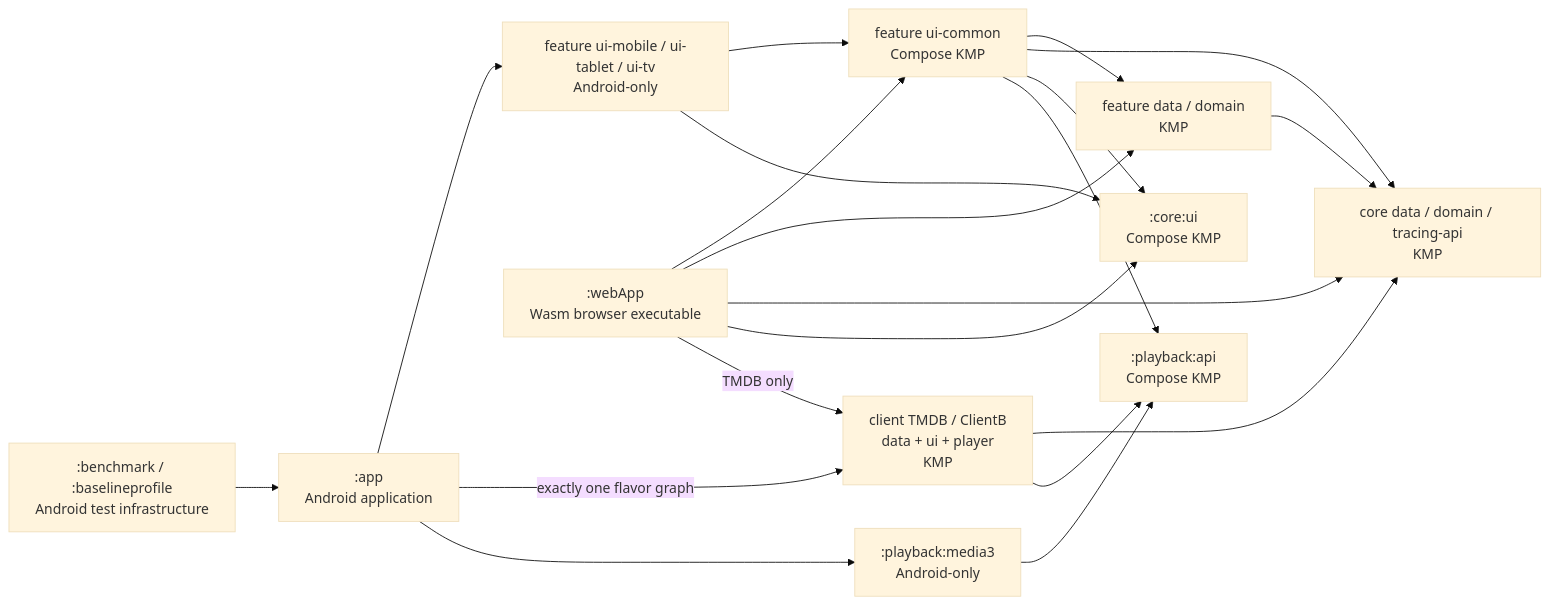
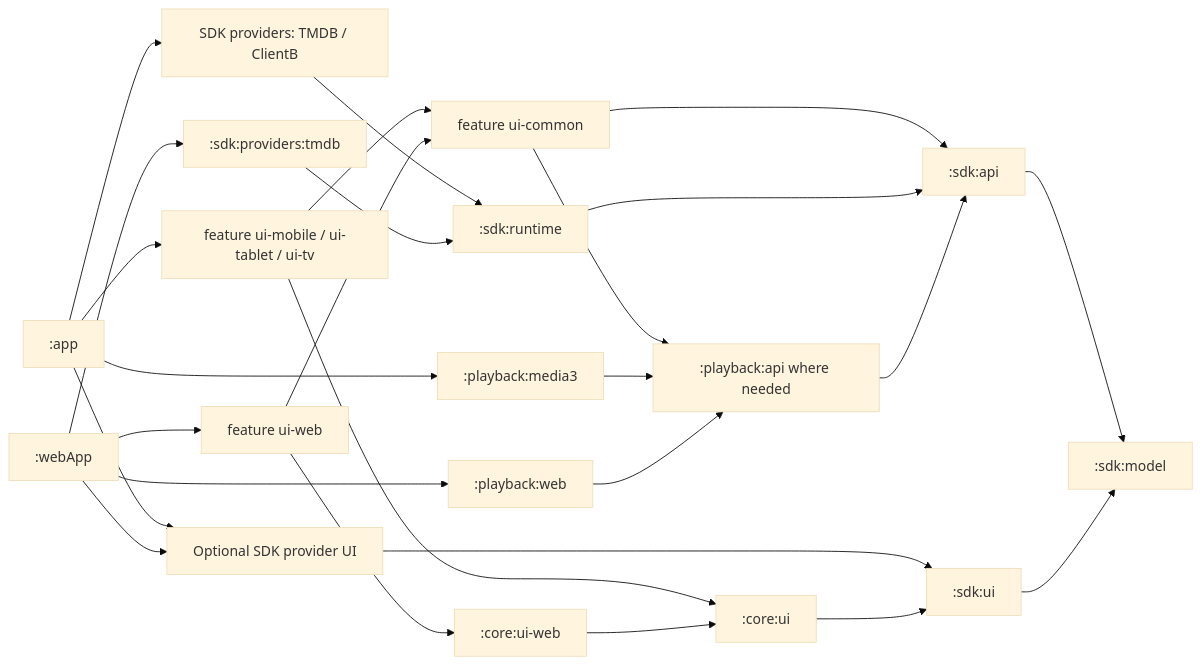
The diagram in MODULE_DEPENDENCY_GRAPH.md (nikospamp/StreamCore-TV), drawn with Mermaid (base theme) before and after one commit. The commit also changed other lines of this file and 225 other files, not shown here.

````diff
--- a/MODULE_DEPENDENCY_GRAPH.md
+++ b/MODULE_DEPENDENCY_GRAPH.md
@@ -5,34 +7,28 @@
 ```mermaid
 flowchart LR
-    App[":app\nAndroid application"]
-    PlatformUI["feature ui-mobile / ui-tablet / ui-tv\nAndroid-only"]
-    CommonUI["feature ui-common\nCompose KMP"]
-    FeatureDomain["feature data / domain\nKMP"]
-    Core["core data / domain / tracing-api\nKMP"]
-    CoreUI[":core:ui\nCompose KMP"]
-    Providers["client TMDB / ClientB\ndata + ui + player\nKMP"]
-    Media3[":playback:media3\nAndroid-only"]
-    Playback[":playback:api\nCompose KMP"]
-    Benchmark[":benchmark / :baselineprofile\nAndroid test infrastructure"]
-    Web[":webApp\nWasm browser executable"]
-
-    App --> PlatformUI
-    PlatformUI --> CommonUI
-    PlatformUI --> CoreUI
-    CommonUI --> FeatureDomain
-    CommonUI --> Core
-    CommonUI --> CoreUI
-    FeatureDomain --> Core
-    App -->|exactly one flavor graph| Providers
-    Providers --> Core
-    Providers --> Playback
-    App --> Media3
+    App[":app"] --> AndroidUI["feature ui-mobile / ui-tablet / ui-tv"]
+    Web[":webApp"] --> WebUI["feature ui-web"]
+    AndroidUI --> CommonUI["feature ui-common"]
+    WebUI --> CommonUI
+    AndroidUI --> CoreUI[":core:ui"]
+    WebUI --> CoreWeb[":core:ui-web"]
+    CoreWeb --> CoreUI
+    CommonUI --> API[":sdk:api"]
+    API --> Model[":sdk:model"]
+    App --> Providers["SDK providers: TMDB / ClientB"]
+    Web --> Tmdb[":sdk:providers:tmdb"]
+    Providers --> Runtime[":sdk:runtime"]
+    Tmdb --> Runtime
+    Runtime --> API
+    App --> ProviderUI["Optional SDK provider UI"]
+    Web --> ProviderUI
+    ProviderUI --> SdkUI[":sdk:ui"]
+    CoreUI --> SdkUI
+    SdkUI --> Model
+    CommonUI --> Playback[":playback:api where needed"]
+    Playback --> API
+    App --> Media3[":playback:media3"]
+    Web --> WebEngine[":playback:web"]
     Media3 --> Playback
-    CommonUI --> Playback
-    Benchmark --> App
-    Web --> CommonUI
-    Web --> FeatureDomain
-    Web --> Core
-    Web --> CoreUI
-    Web -->|TMDB only| Providers
+    WebEngine --> Playback
 ```
````
